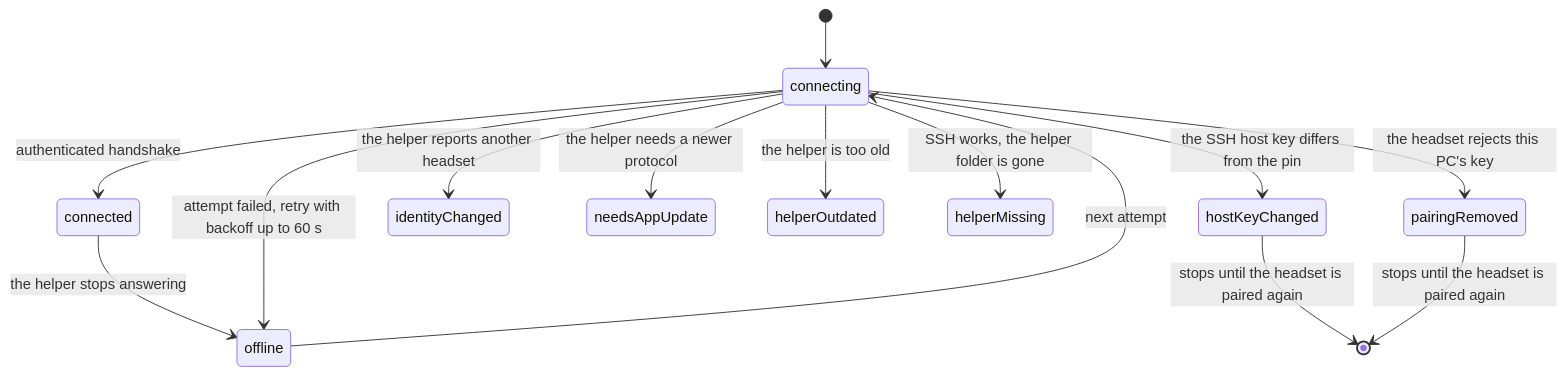
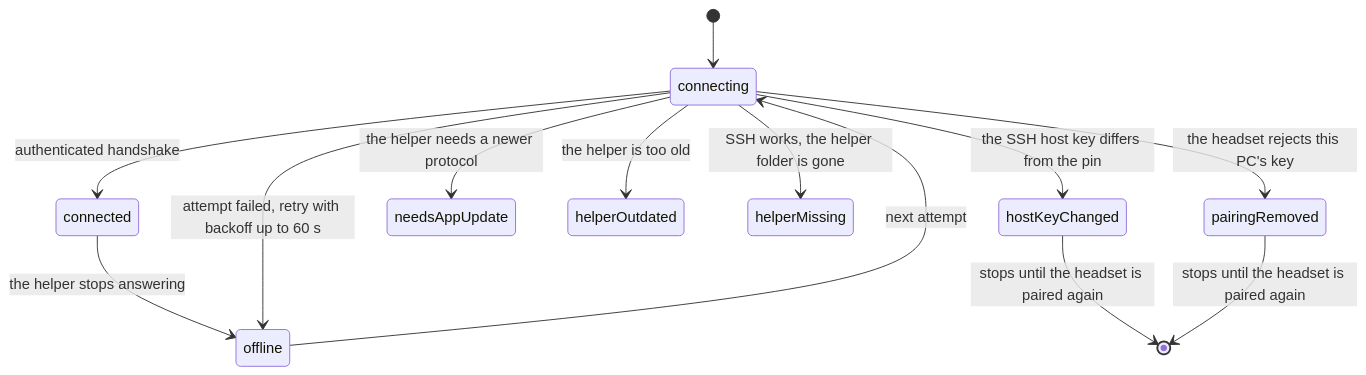
One commit to Raphiiko/OyasumiVR changed the fifth of 8 diagrams in docs/agents/steam-frame-pairing.md. Above: the diagram before and after it, drawn with Mermaid. The commit also changed other lines of this file and 37 other files, not shown here.

````diff
--- a/docs/agents/steam-frame-pairing.md
+++ b/docs/agents/steam-frame-pairing.md
@@ -227,16 +205,15 @@
 ```mermaid
 stateDiagram-v2
   [*] --> connecting
   connecting --> connected: authenticated handshake
   connected --> offline: the helper stops answering
   connecting --> offline: attempt failed, retry with backoff up to 60 s
   offline --> connecting: next attempt
   connecting --> hostKeyChanged: the SSH host key differs from the pin
-  connecting --> identityChanged: the helper reports another headset
   connecting --> needsAppUpdate: the helper needs a newer protocol
   connecting --> helperOutdated: the helper is too old
   connecting --> helperMissing: SSH works, the helper folder is gone
   connecting --> pairingRemoved: the headset rejects this PC's key
   hostKeyChanged --> [*]: stops until the headset is paired again
   pairingRemoved --> [*]: stops until the headset is paired again
 ```
````
